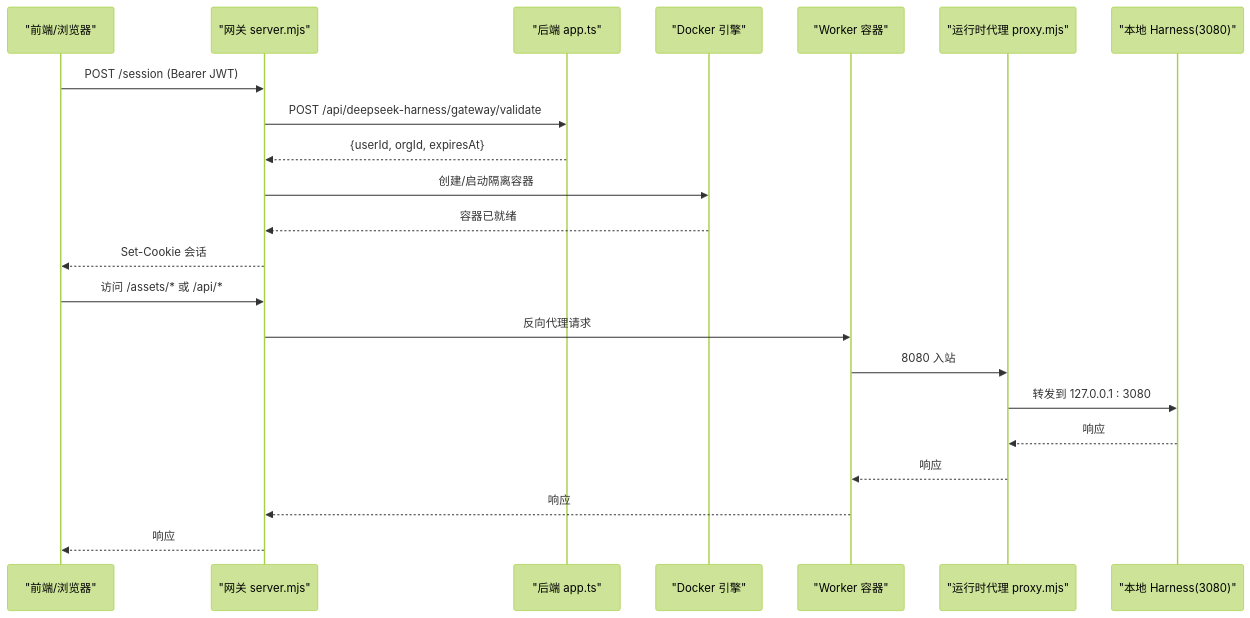
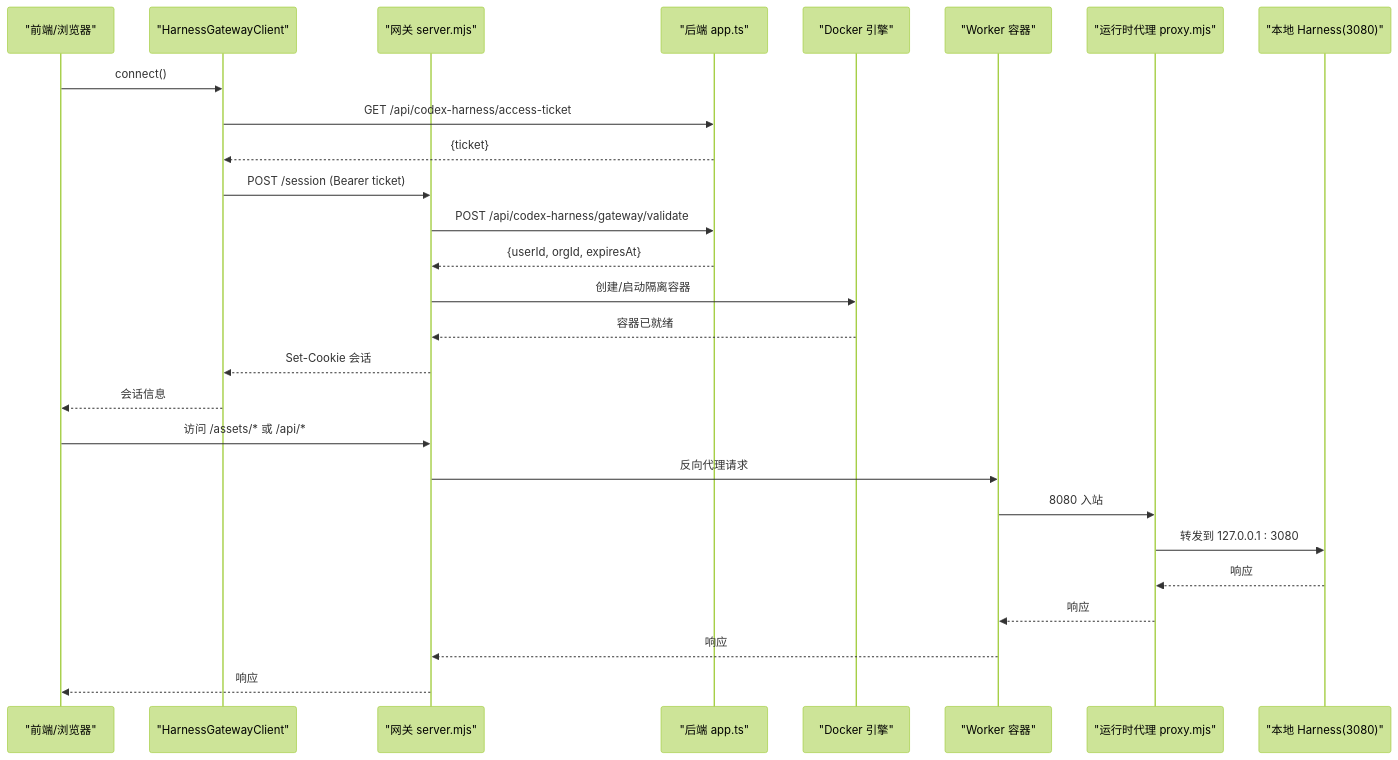
One commit to iljahofbauer219-lang/yandu changed the second of 5 diagrams in .qoder/repowiki/zh/content/核心服务/DeepSeek Codex 集成架构.md. Above: the diagram before and after it, drawn with Mermaid (forest theme). The commit also changed other lines of this file and 3071 other files, not shown here.

````diff
--- a/.qoder/repowiki/zh/content/核心服务/DeepSeek Codex 集成架构.md
+++ b/.qoder/repowiki/zh/content/核心服务/DeepSeek Codex 集成架构.md
@@ -98,24 +109,29 @@
 ```mermaid
 sequenceDiagram
 participant FE as "前端/浏览器"
+participant HC as "HarnessGatewayClient"
 participant GW as "网关 server.mjs"
 participant SV as "后端 app.ts"
 participant RM as "Docker 引擎"
 participant WR as "Worker 容器"
 participant PR as "运行时代理 proxy.mjs"
 participant LP as "本地 Harness(3080)"
-FE->>GW : POST /session (Bearer JWT)
-GW->>SV : POST /api/deepseek-harness/gateway/validate
+FE->>HC : connect()
+HC->>SV : GET /api/codex-harness/access-ticket
+SV-->>HC : {ticket}
+HC->>GW : POST /session (Bearer ticket)
+GW->>SV : POST /api/codex-harness/gateway/validate
 SV-->>GW : {userId, orgId, expiresAt}
 GW->>RM : 创建/启动隔离容器
 RM-->>GW : 容器已就绪
-GW-->>FE : Set-Cookie 会话
+GW-->>HC : Set-Cookie 会话
+HC-->>FE : 会话信息
 FE->>GW : 访问 /assets/* 或 /api/*
 GW->>WR : 反向代理请求
 WR->>PR : 8080 入站
 PR->>LP : 转发到 127.0.0.1 : 3080
 LP-->>PR : 响应
 PR-->>WR : 响应
 WR-->>GW : 响应
 GW-->>FE : 响应
 ```
````
